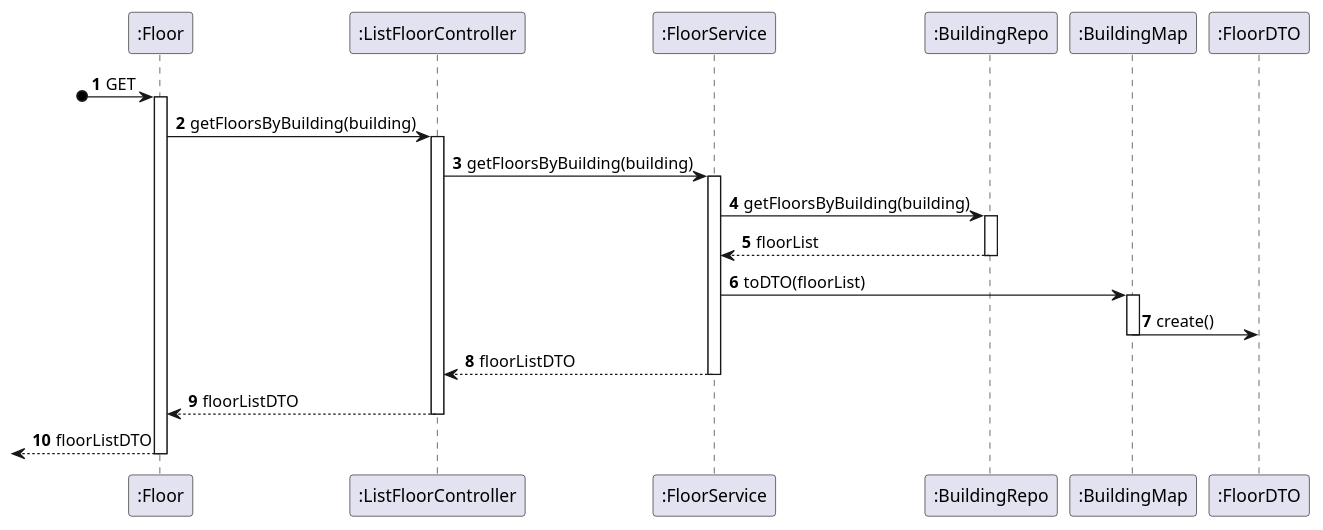
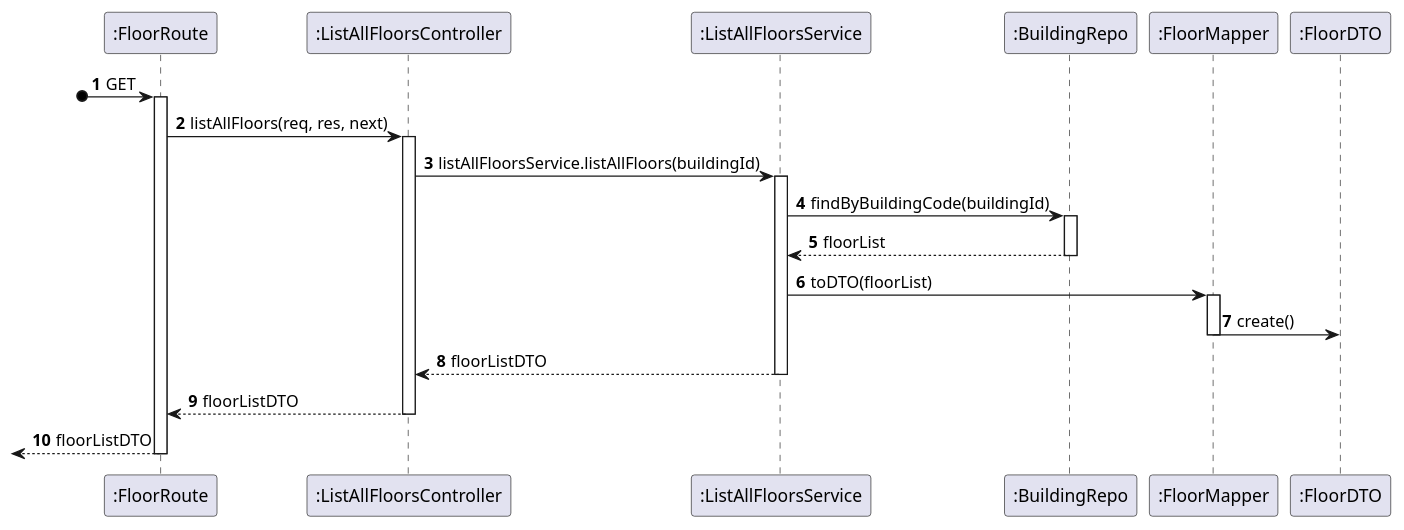
The diagram in docs/US_210/Diagrams/SequenceDiagramLevel3.puml (Pedro-Pereira1/sem5pi_23_24_g056), drawn with PlantUML before and after one commit. The commit also changed 1 other file, not shown here.

Commit message:
Updated SequenceDiagramLevel3 relative US210

```diff
--- a/docs/US_210/Diagrams/SequenceDiagramLevel3.puml
+++ b/docs/US_210/Diagrams/SequenceDiagramLevel3.puml
@@ -1,42 +1,42 @@
 @startuml
 
 autonumber
 
-participant ":Floor" as Floor
-participant ":ListFloorController" as Controller
-participant ":FloorService" as Service
+participant ":FloorRoute" as Floor
+participant ":ListAllFloorsController" as Controller
+participant ":ListAllFloorsService" as Service
 participant ":BuildingRepo" as Repo
-participant ":BuildingMap" as Map
+participant ":FloorMapper" as Map
 participant ":FloorDTO" as DTO
 
 ?o->Floor: GET
 activate Floor
 
-Floor -> Controller: getFloorsByBuilding(building)
+Floor -> Controller: listAllFloors(req, res, next)
 activate Controller
 
-Controller -> Service: getFloorsByBuilding(building)
+Controller -> Service: listAllFloorsService.listAllFloors(buildingId)
 activate Service
 
-Service -> Repo: getFloorsByBuilding(building)
+Service -> Repo: findByBuildingCode(buildingId)
 activate Repo
 
 
 Repo --> Service: floorList
 deactivate Repo
 Service -> Map: toDTO(floorList)
 activate Map
 Map -> DTO:create()
 deactivate Map
 
 Service --> Controller: floorListDTO
 deactivate Service
 
 Controller --> Floor: floorListDTO
 deactivate Controller
 
 <--Floor: floorListDTO
 deactivate Floor
 
 
 @enduml
```
